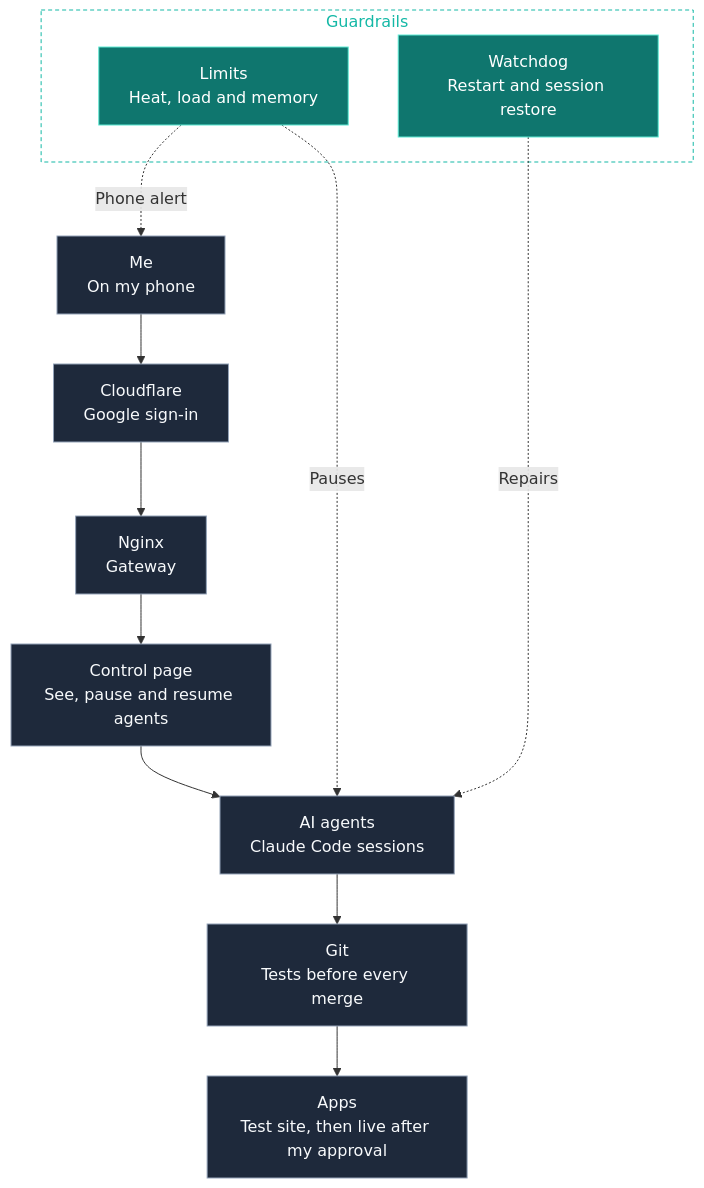
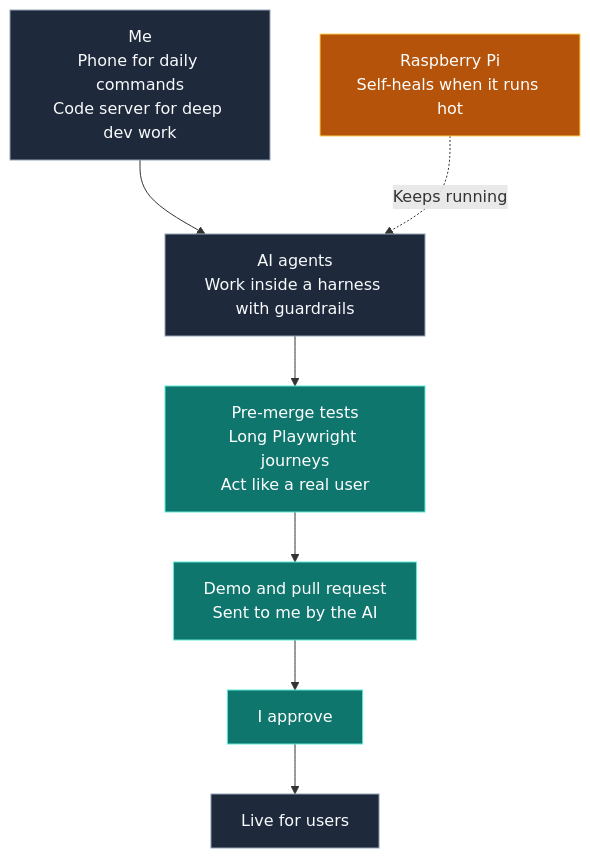
One commit to murilobellatini/murilobellatini changed the first of 2 diagrams in README.md. Above: the diagram before and after it, drawn with Mermaid. The commit also changed other lines of this file and 1 other file, not shown here.

Commit message:
docs: simpler Pi story, one clear flow

````diff
--- a/README.md
+++ b/README.md
@@ -134,24 +134,17 @@
 ```mermaid
 flowchart TD
-    U[Me<br>On my phone] --> CF[Cloudflare<br>Google sign-in]
-    CF --> NG[Nginx<br>Gateway]
-    NG --> CP[Control page<br>See, pause and resume agents]
-    CP --> AG[AI agents<br>Claude Code sessions]
-    AG --> GIT[Git<br>Tests before every merge]
-    GIT --> APP[Apps<br>Test site, then live after my approval]
+    ME[Me<br>Phone for daily commands<br>Code server for deep dev work] --> AG[AI agents<br>Work inside a harness with guardrails]
+    AG --> T[Pre-merge tests<br>Long Playwright journeys<br>Act like a real user]
+    T --> PR[Demo and pull request<br>Sent to me by the AI]
+    PR --> OK[I approve]
+    OK --> LIVE[Live for users]
 
-    subgraph GR[Guardrails]
-        LIM[Limits<br>Heat, load and memory]
-        WD[Watchdog<br>Restart and session restore]
-    end
+    PI[Raspberry Pi<br>Self-heals when it runs hot] -. Keeps running .-> AG
 
-    LIM -. Pauses .-> AG
-    WD -. Repairs .-> AG
-    LIM -. Phone alert .-> U
-
-    classDef main fill:#1e293b,stroke:#94a3b8,color:#f8fafc;
-    classDef safe fill:#0f766e,stroke:#5eead4,color:#ffffff;
-    class U,CF,NG,CP,AG,GIT,APP main;
-    class LIM,WD safe;
-    style GR fill:transparent,stroke:#14b8a6,stroke-dasharray:4 3,color:#14b8a6;
+    classDef flow fill:#1e293b,stroke:#94a3b8,color:#f8fafc;
+    classDef gate fill:#0f766e,stroke:#5eead4,color:#ffffff;
+    classDef pi fill:#b45309,stroke:#fcd34d,color:#ffffff;
+    class ME,AG,LIVE flow;
+    class T,PR,OK gate;
+    class PI pi;
 ```
````
